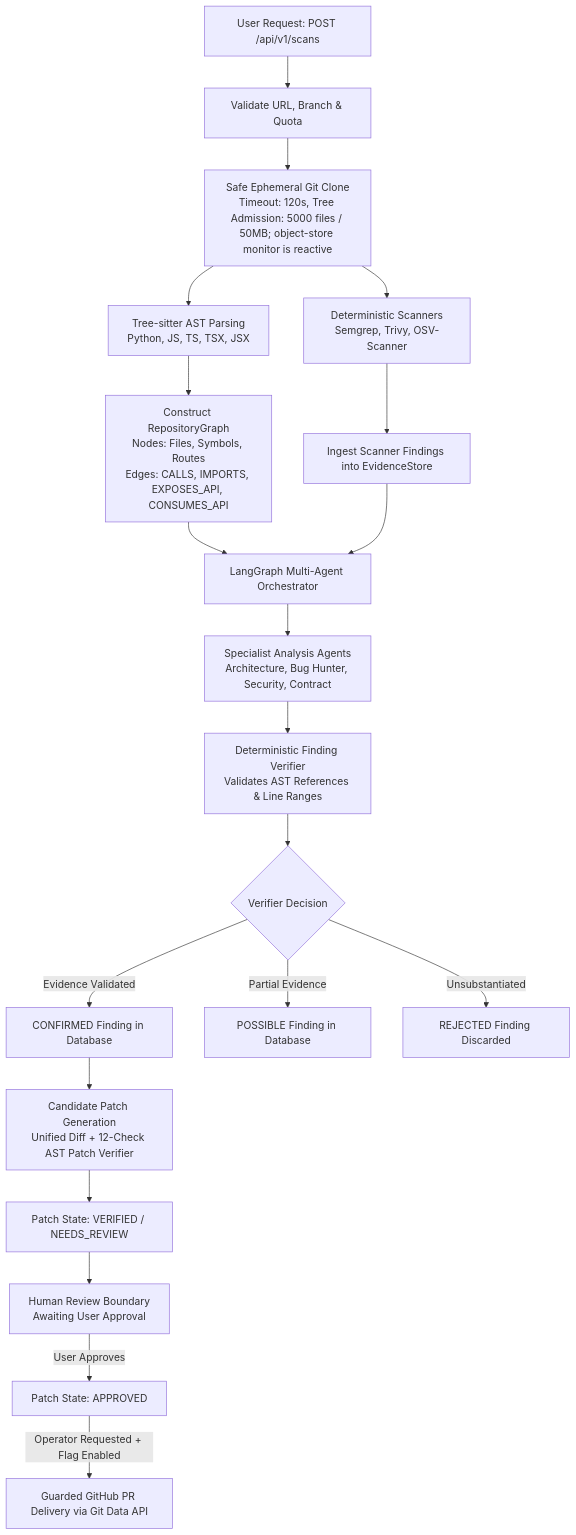
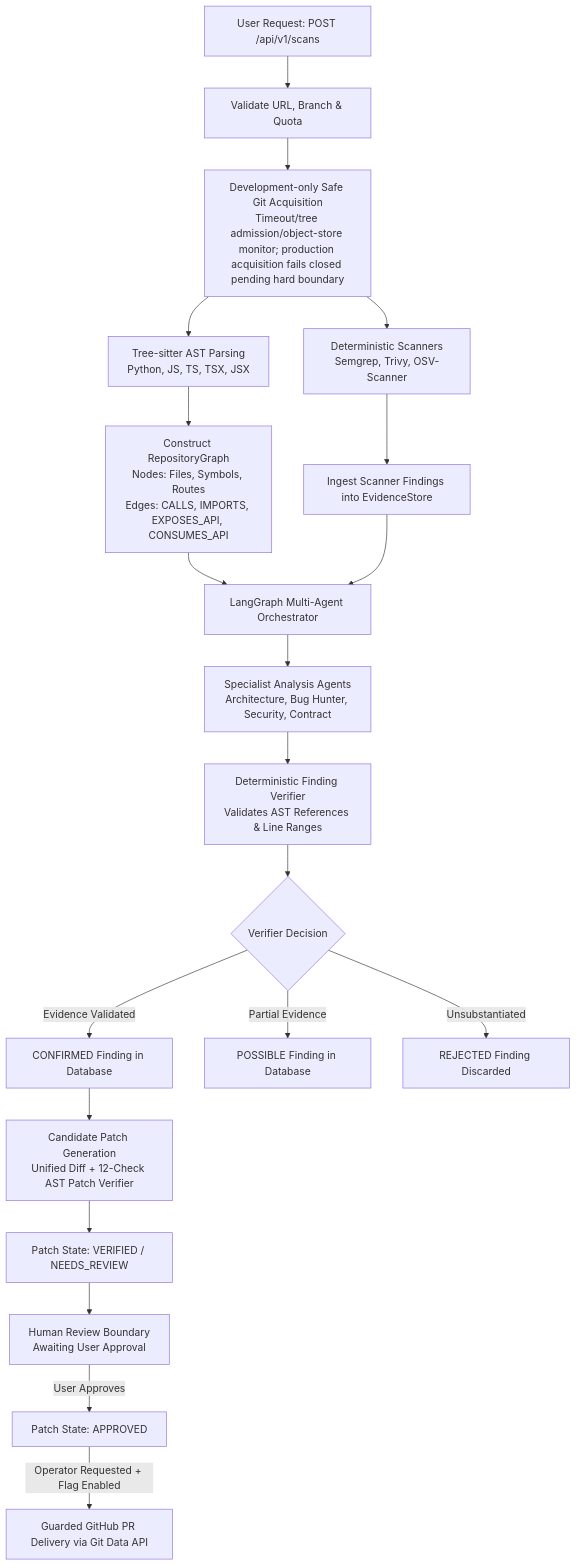
Before and after one commit to yashaskn8/RepoLens: the second of 3 diagrams in docs/architecture.md, drawn with Mermaid. The commit also changed other lines of this file and 10 other files, not shown here.

Commit message:
fix(ingestion): fail closed without hard acquisition boundary

````diff
--- a/docs/architecture.md
+++ b/docs/architecture.md
@@ -102,22 +102,22 @@
 ```mermaid
 flowchart TD
     A[User Request: POST /api/v1/scans] --> B[Validate URL, Branch & Quota]
-    B --> C[Safe Ephemeral Git Clone<br/>Timeout: 120s, Tree Admission: 5000 files / 50MB; object-store monitor is reactive]
+    B --> C[Development-only Safe Git Acquisition<br/>Timeout/tree admission/object-store monitor; production acquisition fails closed pending hard boundary]
     C --> D[Tree-sitter AST Parsing<br/>Python, JS, TS, TSX, JSX]
     C --> E[Deterministic Scanners<br/>Semgrep, Trivy, OSV-Scanner]
     D --> F[Construct RepositoryGraph<br/>Nodes: Files, Symbols, Routes<br/>Edges: CALLS, IMPORTS, EXPOSES_API, CONSUMES_API]
     E --> G[Ingest Scanner Findings into EvidenceStore]
     F --> H[LangGraph Multi-Agent Orchestrator]
     G --> H
     H --> I[Specialist Analysis Agents<br/>Architecture, Bug Hunter, Security, Contract]
     I --> J[Deterministic Finding Verifier<br/>Validates AST References & Line Ranges]
     J --> K{Verifier Decision}
     K -->|Evidence Validated| L[CONFIRMED Finding in Database]
     K -->|Partial Evidence| M[POSSIBLE Finding in Database]
     K -->|Unsubstantiated| N[REJECTED Finding Discarded]
     L --> O[Candidate Patch Generation<br/>Unified Diff + 12-Check AST Patch Verifier]
     O --> P[Patch State: VERIFIED / NEEDS_REVIEW]
     P --> Q[Human Review Boundary<br/>Awaiting User Approval]
     Q -->|User Approves| R[Patch State: APPROVED]
     R -->|Operator Requested + Flag Enabled| S[Guarded GitHub PR Delivery via Git Data API]
 ```
````
